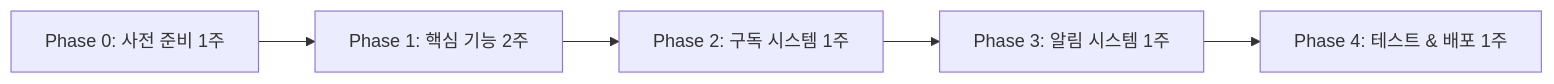
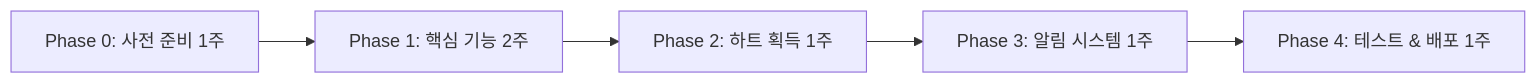
The diagram in docs/features/payment/CHIP_SYSTEM_IMPLEMENTATION_GUIDE.md (snosnosno/tholdem), drawn with Mermaid before and after one commit. The commit also changed other lines of this file and 51 other files, not shown here.

````diff
--- a/docs/features/payment/CHIP_SYSTEM_IMPLEMENTATION_GUIDE.md
+++ b/docs/features/payment/CHIP_SYSTEM_IMPLEMENTATION_GUIDE.md
@@ -25,7 +51,7 @@
 ```mermaid
 graph LR
     A[Phase 0: 사전 준비 1주] --> B[Phase 1: 핵심 기능 2주]
-    B --> C[Phase 2: 구독 시스템 1주]
+    B --> C[Phase 2: 하트 획득 1주]
     C --> D[Phase 3: 알림 시스템 1주]
     D --> E[Phase 4: 테스트 & 배포 1주]
 ```
````
